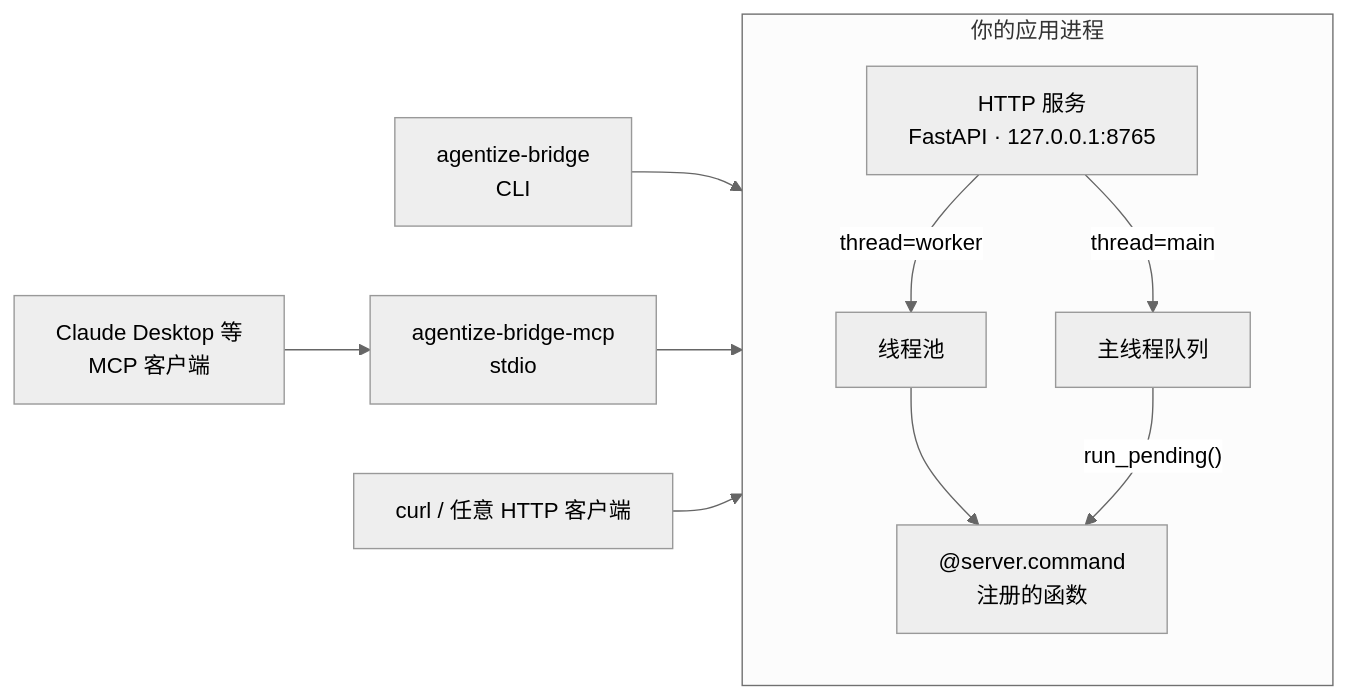
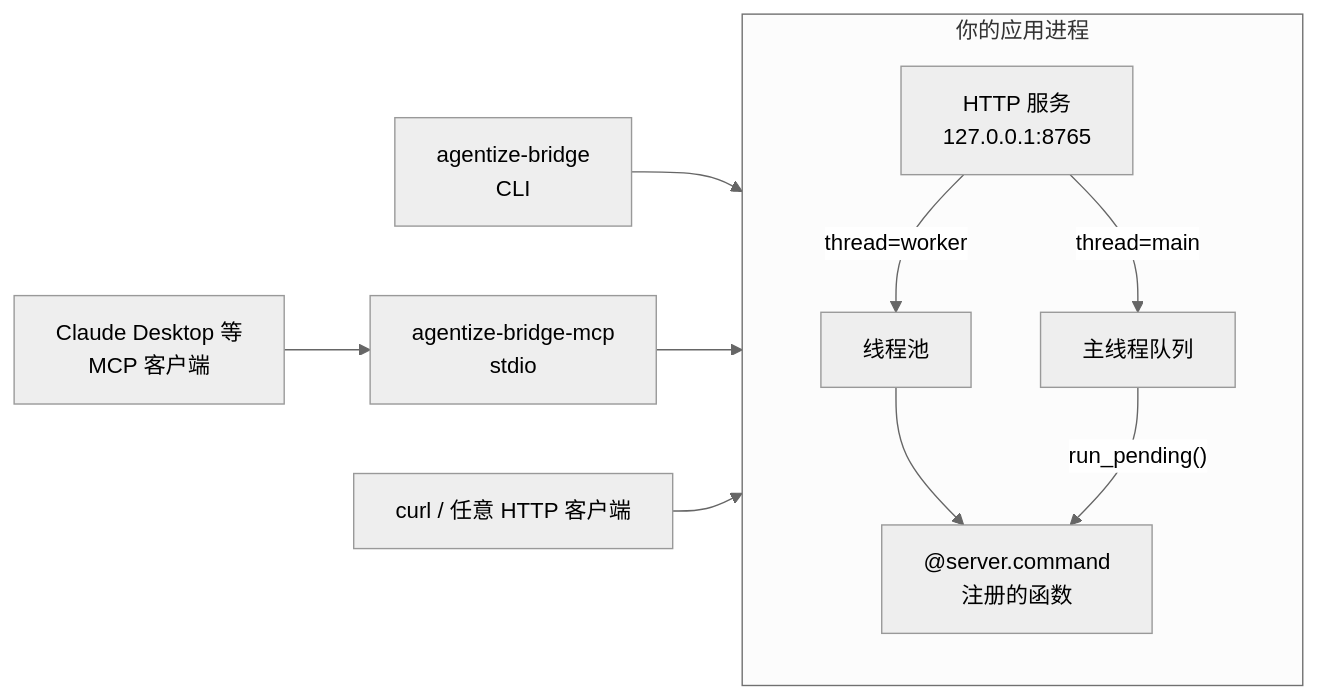
One commit to ewoaoo/agentize-bridge changed the diagram in README.md. Above: the diagram before and after it, drawn with Mermaid (neutral theme). The commit also changed other lines of this file and 15 other files, not shown here.

````diff
--- a/README.md
+++ b/README.md
@@ -29,17 +20,17 @@
 ```mermaid
 flowchart LR
     subgraph app["你的应用进程"]
         direction TB
-        http["HTTP 服务<br/>FastAPI · 127.0.0.1:8765"]
+        http["HTTP 服务<br/>127.0.0.1:8765"]
         pool["线程池"]
         queue["主线程队列"]
         fn["@server.command<br/>注册的函数"]
         http -- "thread=worker" --> pool --> fn
         http -- "thread=main" --> queue -- "run_pending()" --> fn
     end
 
     cli["agentize-bridge<br/>CLI"] --> http
     mcp["agentize-bridge-mcp<br/>stdio"] --> http
     host["Claude Desktop 等<br/>MCP 客户端"] --> mcp
     any["curl / 任意 HTTP 客户端"] --> http
 ```
````
